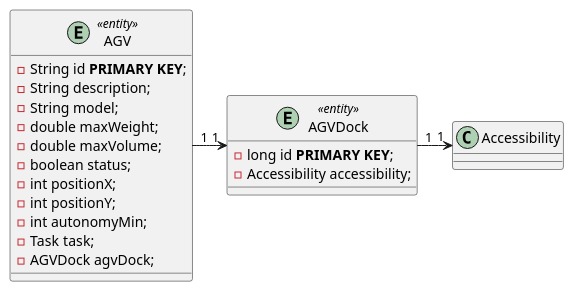
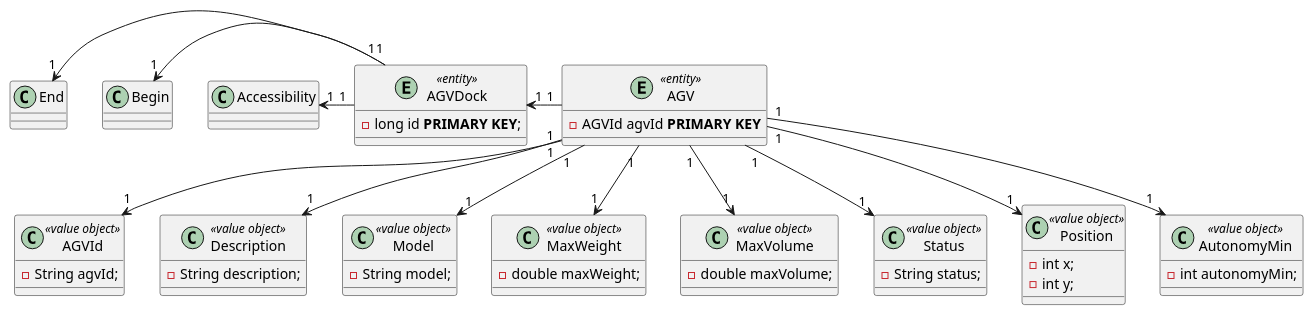
Before and after one commit to LourencoMelo/ISEP-EAPLI: the diagram in eapli.base/docs/1190811/US2002/US2002_CD.puml, drawn with PlantUML. The commit also changed 3 other files, not shown here.

```diff
--- a/eapli.base/docs/1190811/US2002/US2002_CD.puml
+++ b/eapli.base/docs/1190811/US2002/US2002_CD.puml
@@ -1,26 +1,61 @@
 @startuml
 
 Entity AGV<<entity>>{
-    -String id **PRIMARY KEY**;
-    -String description;
-    -String model;
-    -double maxWeight;
-    -double maxVolume;
-    -boolean status;
-    -int positionX;
-    -int positionY;
-    -int autonomyMin;
-    -Task task;
-    -AGVDock agvDock;
+    -AGVId agvId **PRIMARY KEY**
 }
 
 Entity AGVDock<<entity>>{
     -long id **PRIMARY KEY**;
-    -Accessibility accessibility;
 }
 
-AGV "1" -> "1" AGVDock
+class AGVId <<value object>>{
+    -String agvId;
+}
 
-AGVDock "1" -> "1" Accessibility
+class Description <<value object>>{
+    -String description;
+}
+
+class Model <<value object>>{
+    -String model;
+}
+
+class MaxWeight <<value object>>{
+    -double maxWeight;
+}
+
+class MaxVolume <<value object>>{
+    -double maxVolume;
+}
+
+class Status <<value object>>{
+    -String status;
+}
+
+class Position <<value object>>{
+    -int x;
+    -int y;
+}
+
+class AutonomyMin <<value object>>{
+    -int autonomyMin;
+}
+
+AGV "1" -down-> "1" AGVId
+AGV "1" -down-> "1" Description
+AGV "1" -down-> "1" Model
+AGV "1" -down-> "1" MaxWeight
+AGV "1" -down-> "1" MaxVolume
+AGV "1" -down-> "1" Status
+AGV "1" -down-> "1" Position
+AGV "1" -down-> "1" AutonomyMin
+
+AGVDock "1" -left-> "1" Accessibility
+AGVDock "1" -left-> "1" Begin
+AGVDock "1" -left-> "1" End
+
+
+AGV "1" -left-> "1" AGVDock
+
 
 @enduml
```
